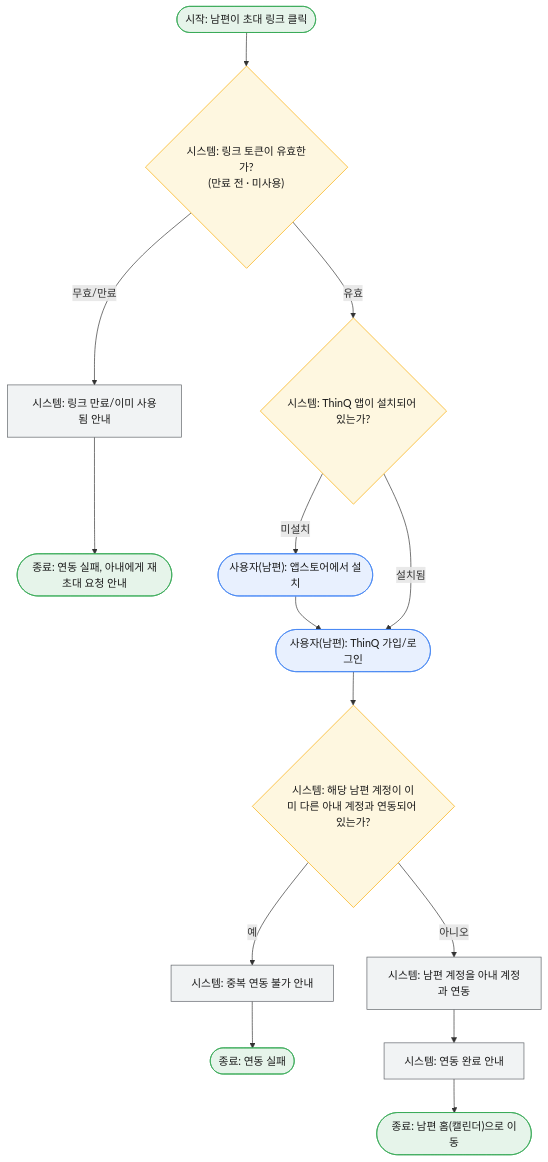
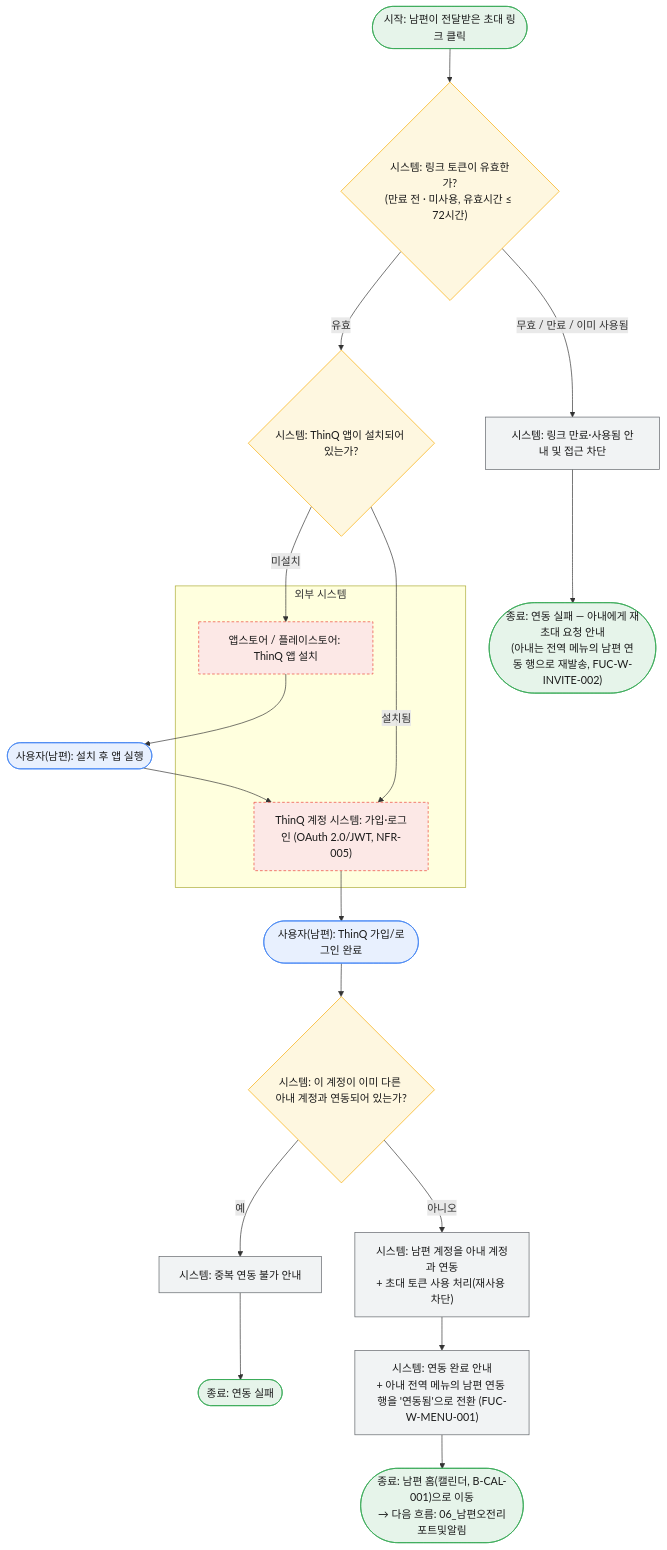
One commit to lgdxDORAEMI/PLM changed the diagram in docs/서비스흐름도/09_남편초대수락및계정연동.mmd. Above: the diagram before and after it, drawn with Mermaid. The commit also changed 10 other files, not shown here.

```diff
--- a/docs/서비스흐름도/09_남편초대수락및계정연동.mmd
+++ b/docs/서비스흐름도/09_남편초대수락및계정연동.mmd
@@ -1,25 +1,43 @@
 %% 서비스 흐름도: 남편 초대 수락 및 계정 연동
-%% 관련 기능: FUC-H-INVITE-001 / 관련 UC: UC16 (전제: UC15 아내의 초대 링크 발송 완료)
-%% 미반영: 진입 버튼(초대 링크)만 노출하고 이 흐름의 화면은 프론트엔드에서 구현하지 않는다. 클릭 시 "개발중입니다" 안내로 대체
+%% 관련 기능: FUC-H-INVITE-001, FUC-W-INVITE-001/002(아내 측 링크 발송), FUC-B-ENTRY-001 / 관련 UC: UC16
+%% 전제: 아내가 1회성 초대 링크를 발송한 상태(01_프로필등록).
+%% 핵심 규칙:
+%%   - 초대 링크는 1회성 토큰이며 유효시간 ≤ 72시간, 만료·재사용 링크 접근은 차단한다(NFR-026).
+%%   - 남편은 이 연동을 통해서만 최초 진입할 수 있다. 연동 전에는 안내만 표시하고 별도 가입 절차로 진행하지 않는다.
+%%   - 연동 완료 후 ThinQ에서 PLM 진입 시 캘린더(B-CAL-001, 남편 홈)로 이동한다.
+%%   - 남편은 프로필을 만들지도 조회하지도 않으며, 전역 프로필 버튼 자체가 없다.
+%%   - 공유 범위는 오전 리포트·Daily 리포트·가사 요청·홈캠 공유 정보·캘린더 기록으로 제한된다(NFR-013).
+%% 화면 미확정: 링크 클릭 이후 ThinQ에서 PLM으로 연동하는 화면이 설계서에 없다.
+%%             현재 구현은 진입 버튼(초대 링크)만 노출하고 클릭 시 "개발중입니다" 안내로 대체한다.
 flowchart TD
     classDef user fill:#E8F0FE,stroke:#4285F4,color:#1a1a1a;
     classDef system fill:#F1F3F4,stroke:#5f6368,color:#1a1a1a;
     classDef decision fill:#FEF7E0,stroke:#F9AB00,color:#1a1a1a;
     classDef terminal fill:#E6F4EA,stroke:#34A853,color:#1a1a1a;
+    classDef external fill:#FCE8E6,stroke:#EA4335,color:#1a1a1a,stroke-dasharray: 4 3;
 
-    Start(["시작: 남편이 초대 링크 클릭"]):::terminal --> A{"시스템: 링크 토큰이 유효한가?<br/>(만료 전 · 미사용)"}:::decision
+    Start(["시작: 남편이 전달받은 초대 링크 클릭"]):::terminal --> A{"시스템: 링크 토큰이 유효한가?<br/>(만료 전 · 미사용, 유효시간 ≤ 72시간)"}:::decision
 
-    A -- 무효/만료 --> B["시스템: 링크 만료/이미 사용됨 안내"]:::system
-    B --> End1(["종료: 연동 실패, 아내에게 재초대 요청 안내"]):::terminal
+    A -- "무효 / 만료 / 이미 사용됨" --> B["시스템: 링크 만료·사용됨 안내 및 접근 차단"]:::system
+    B --> End1(["종료: 연동 실패 — 아내에게 재초대 요청 안내<br/>(아내는 전역 메뉴의 남편 연동 행으로 재발송, FUC-W-INVITE-002)"]):::terminal
 
-    A -- 유효 --> C{"시스템: ThinQ 앱이 설치되어 있는가?"}:::decision
-    C -- 미설치 --> D(["사용자(남편): 앱스토어에서 설치"]):::user --> E
-    C -- 설치됨 --> E(["사용자(남편): ThinQ 가입/로그인"]):::user
+    A -- "유효" --> C{"시스템: ThinQ 앱이 설치되어 있는가?"}:::decision
 
-    E --> F{"시스템: 해당 남편 계정이 이미 다른 아내 계정과 연동되어 있는가?"}:::decision
-    F -- 예 --> G["시스템: 중복 연동 불가 안내"]:::system
+    subgraph EXT["외부 시스템"]
+        Store["앱스토어 / 플레이스토어: ThinQ 앱 설치"]:::external
+        Auth["ThinQ 계정 시스템: 가입·로그인 (OAuth 2.0/JWT, NFR-005)"]:::external
+    end
+
+    C -- "미설치" --> Store
+    Store --> D(["사용자(남편): 설치 후 앱 실행"]):::user
+    D --> Auth
+    C -- "설치됨" --> Auth
+    Auth --> E(["사용자(남편): ThinQ 가입/로그인 완료"]):::user
+
+    E --> F{"시스템: 이 계정이 이미 다른 아내 계정과 연동되어 있는가?"}:::decision
+    F -- "예" --> G["시스템: 중복 연동 불가 안내"]:::system
     G --> End2(["종료: 연동 실패"]):::terminal
 
-    F -- 아니오 --> H["시스템: 남편 계정을 아내 계정과 연동"]:::system
-    H --> I["시스템: 연동 완료 안내"]:::system
-    I --> End3(["종료: 남편 홈(캘린더)으로 이동"]):::terminal
+    F -- "아니오" --> H["시스템: 남편 계정을 아내 계정과 연동<br/>+ 초대 토큰 사용 처리(재사용 차단)"]:::system
+    H --> I["시스템: 연동 완료 안내<br/>+ 아내 전역 메뉴의 남편 연동 행을 '연동됨'으로 전환 (FUC-W-MENU-001)"]:::system
+    I --> End3(["종료: 남편 홈(캘린더, B-CAL-001)으로 이동<br/>→ 다음 흐름: 06_남편오전리포트및알림"]):::terminal
```
